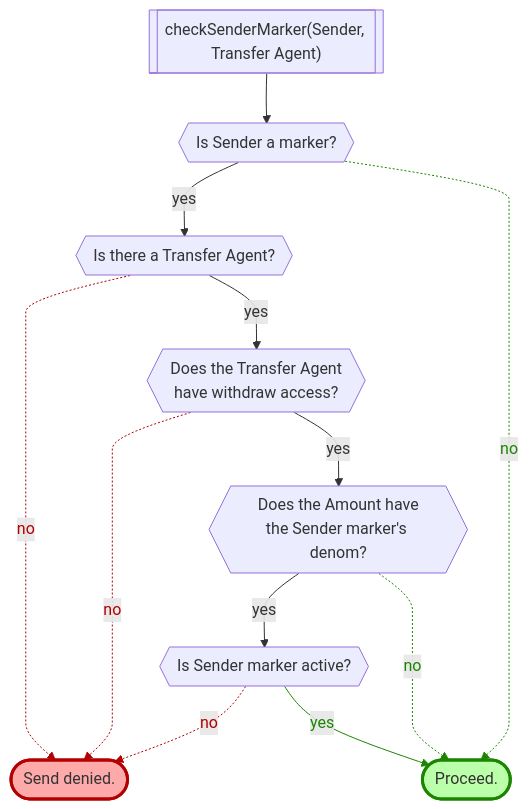
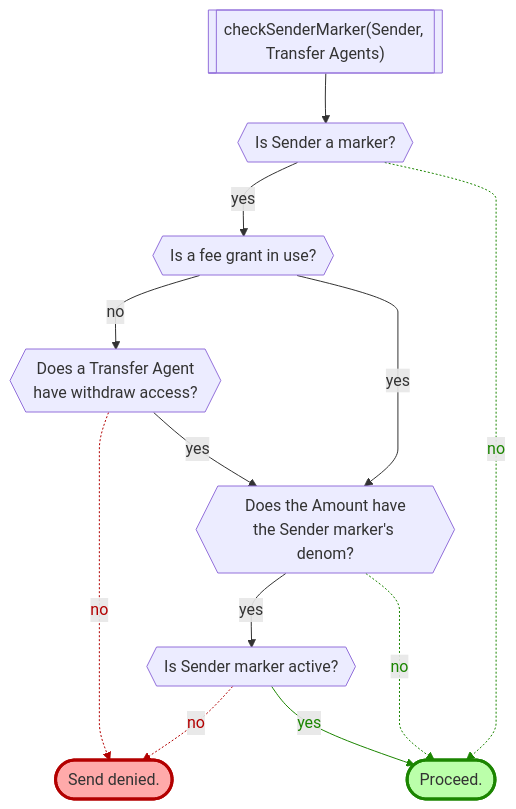
One commit to provenance-io/provenance-docs changed the second of 8 diagrams in docs/sdk/marker/12_transfers.md. Above: the diagram before and after it, drawn with Mermaid. The commit also changed other lines of this file and 31 other files, not shown here.

````diff
--- a/docs/sdk/marker/12_transfers.md
+++ b/docs/sdk/marker/12_transfers.md
@@ -157,27 +157,27 @@
 ```mermaid
 %%{ init: { 'flowchart': { 'curve': 'monotoneY'} } }%%
 flowchart TD
-    start[["checkSenderMarker(Sender, Transfer Agent)"]]
+    start[["checkSenderMarker(Sender, Transfer Agents)"]]
     issm{{"Is Sender a marker?"}}
-    haveta{{"Is there a Transfer Agent?"}}
-    istaw{{"Does the Transfer Agent\nhave withdraw access?"}}
+    isfg{{"Is a fee grant in use?"}}
+    istaw{{"Does a Transfer Agent\nhave withdraw access?"}}
     isasm{{"Does the Amount have\nthe Sender marker's denom?"}}
     issma{{"Is Sender marker active?"}}
     ok(["Proceed."])
     style ok fill:#bbffaa,stroke:#1b8500,stroke-width:3px
     denied(["Send denied."])
     style denied fill:#ffaaaa,stroke:#b30000,stroke-width:3px
     start --> issm
-    issm -->|yes| haveta
-    haveta -->|yes| istaw
-    haveta -.->|no| denied
+    issm -->|yes| isfg
+    isfg -->|no| istaw
     istaw -.->|no| denied
     istaw -->|yes| isasm
+    isfg -->|yes| isasm
     isasm -->|yes| issma
     issma -->|yes| ok
     isasm -.->|no| ok
     issma -.->|no| denied
     issm -.->|no| ok
-    linkStyle 3,4,9 stroke:#b30000,color:#b30000
+    linkStyle 3,9 stroke:#b30000,color:#b30000
     linkStyle 7,8,10 stroke:#1b8500,color:#1b8500
 ```
````
